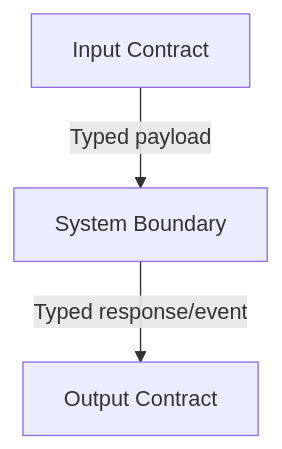
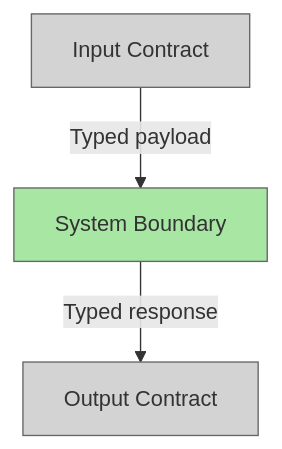
The diagram in agents/featurework/planning/templates/plan-template.md (lewibs/dark-factory), drawn with Mermaid before and after one commit. The commit also changed other lines of this file and 6 other files, not shown here.

````diff
--- a/agents/featurework/planning/templates/plan-template.md
+++ b/agents/featurework/planning/templates/plan-template.md
@@ -37,5 +35,8 @@
 ```mermaid
-flowchart TD
-  In[Input Contract] -->|Typed payload| Box[System Boundary]
-  Box -->|Typed response/event| Out[Output Contract]
+graph TD
+  In[Input Contract]:::unchanged -->|Typed payload| Box[System Boundary]:::created
+  Box -->|Typed response| Out[Output Contract]:::unchanged
+
+classDef unchanged fill:#d3d3d3,stroke:#666,stroke-width:1px;
+classDef created fill:#a8e6a3,stroke:#666,stroke-width:1px;
 ```
````
